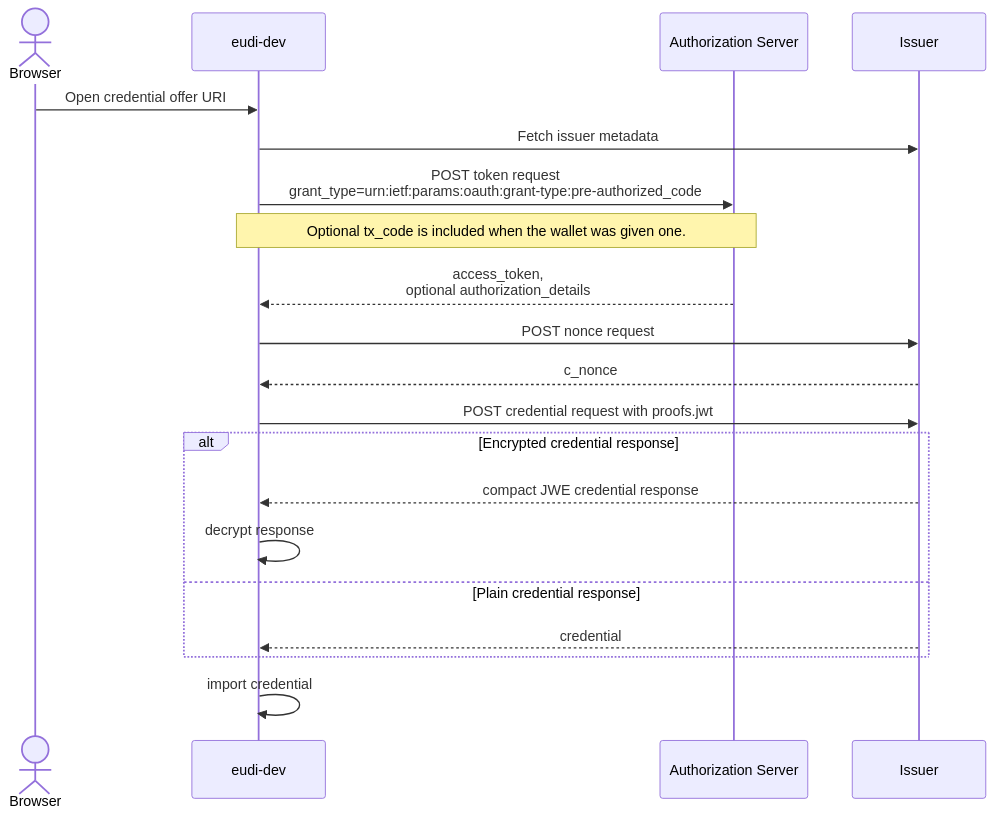
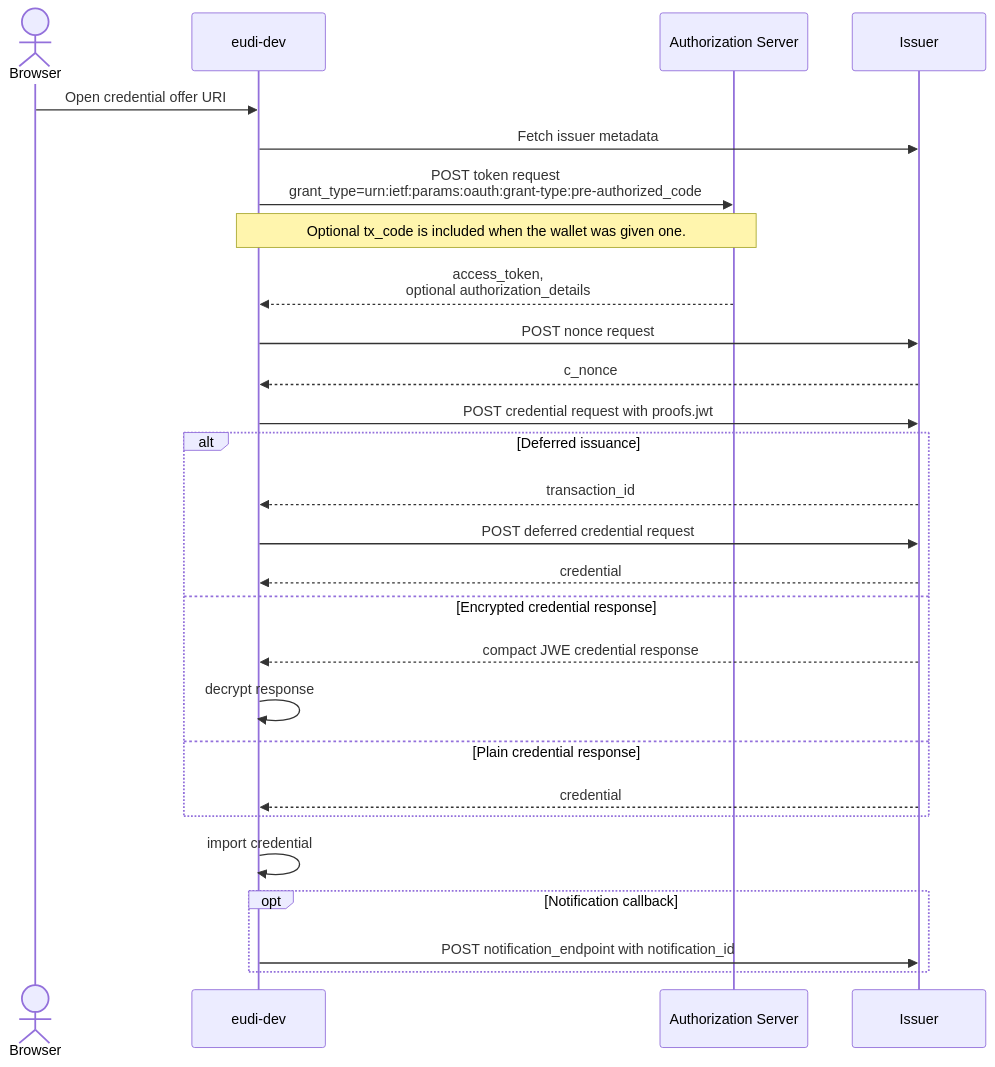
One commit to dominikschlosser/eudi-dev changed the second of 4 diagrams in docs/diagrams/oid4vci.md. Above: the diagram before and after it, drawn with Mermaid. The commit also changed other lines of this file and 16 other files, not shown here.

Commit message:
docs: redraw the interactive authorization flow and fix outdated statements

````diff
--- a/docs/diagrams/oid4vci.md
+++ b/docs/diagrams/oid4vci.md
@@ -44,23 +44,30 @@
 ```mermaid
 sequenceDiagram
     actor Browser
     participant Wallet as eudi-dev
     participant AS as Authorization Server
     participant Issuer
 
     Browser->>Wallet: Open credential offer URI
     Wallet->>Issuer: Fetch issuer metadata
     Wallet->>AS: POST token request<br/>grant_type=urn:ietf:params:oauth:grant-type:pre-authorized_code
     Note over Wallet,AS: Optional tx_code is included when the wallet was given one.
     AS-->>Wallet: access_token,<br/>optional authorization_details
     Wallet->>Issuer: POST nonce request
     Issuer-->>Wallet: c_nonce
     Wallet->>Issuer: POST credential request with proofs.jwt
-    alt Encrypted credential response
+    alt Deferred issuance
+        Issuer-->>Wallet: transaction_id
+        Wallet->>Issuer: POST deferred credential request
+        Issuer-->>Wallet: credential
+    else Encrypted credential response
         Issuer-->>Wallet: compact JWE credential response
         Wallet->>Wallet: decrypt response
     else Plain credential response
         Issuer-->>Wallet: credential
     end
     Wallet->>Wallet: import credential
+    opt Notification callback
+        Wallet->>Issuer: POST notification_endpoint with notification_id
+    end
 ```
````
